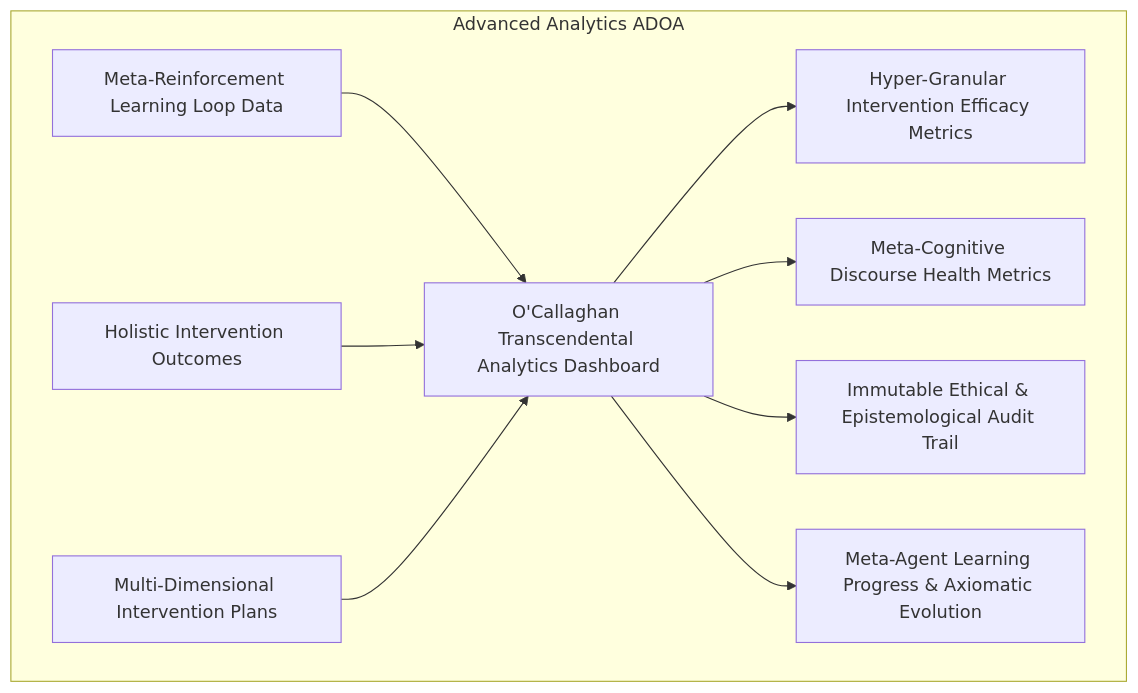
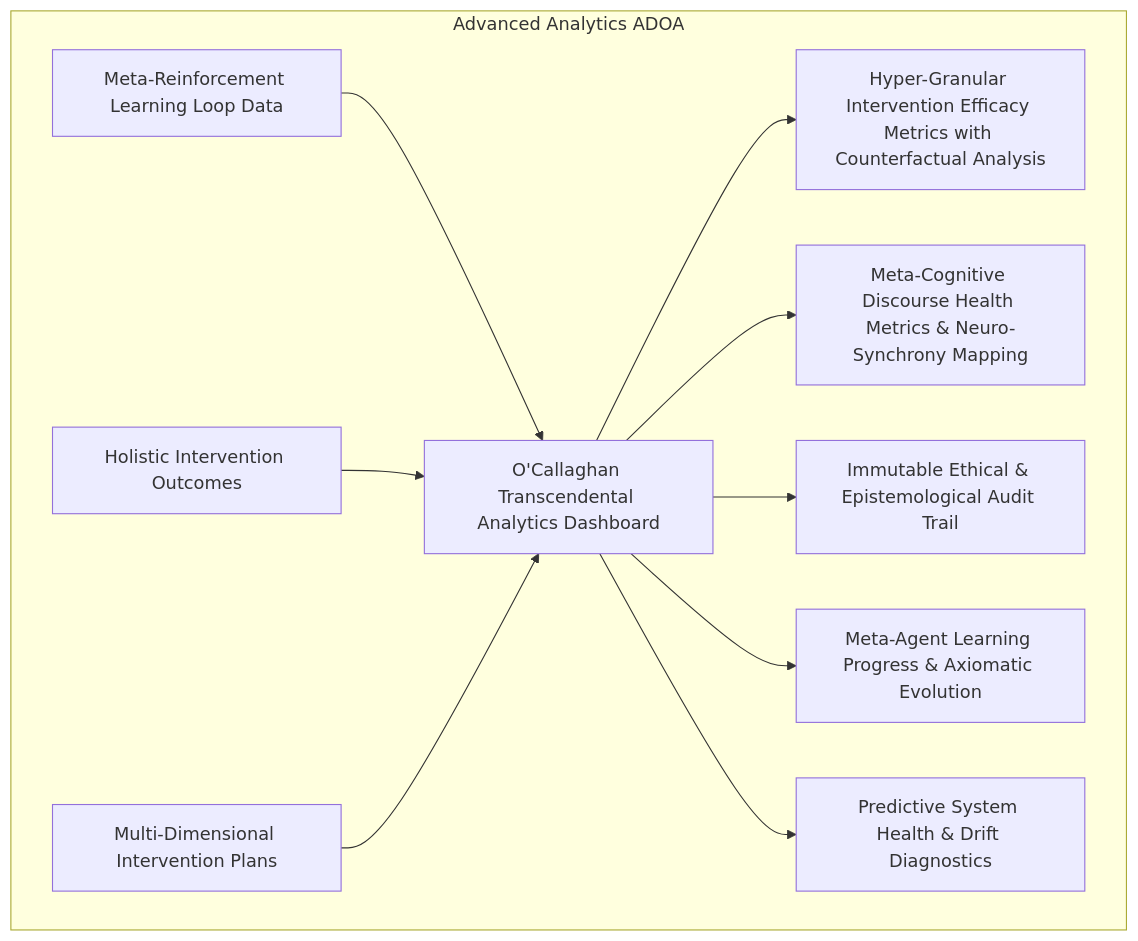
The tenth of 11 diagrams in inventions/inventions/012_holographic_meeting_scribe/015_autonomous_discourse_orchestration_agent.md (diplomat-bit/Citibank_Demo_Business_Inc_Demonstration-), drawn with Mermaid before and after one commit. The commit also changed other lines of this file, not shown here.

Commit message:
[AI] Edit: inventions/inventions/012_holographic_meeting_scribe/015_autonomous_discourse_orchestration_agent.md

````diff
--- a/inventions/inventions/012_holographic_meeting_scribe/015_autonomous_discourse_orchestration_agent.md
+++ b/inventions/inventions/012_holographic_meeting_scribe/015_autonomous_discourse_orchestration_agent.md
@@ -473,13 +512,14 @@
 ```mermaid
 graph TD
     subgraph Advanced Analytics ADOA
         MRL_DATA[Meta-Reinforcement Learning Loop Data] --> ANALYTICS_DASHBOARD[O'Callaghan Transcendental Analytics Dashboard];
         OUTCOME_OBSERVATION[Holistic Intervention Outcomes] --> ANALYTICS_DASHBOARD;
         INTERVENTION_PLAN[Multi-Dimensional Intervention Plans] --> ANALYTICS_DASHBOARD;
         
-        ANALYTICS_DASHBOARD --> INTERVENTION_EFFICACY[Hyper-Granular Intervention Efficacy Metrics];
-        ANALYTICS_DASHBOARD --> DISCOURSE_HEALTH_METRICS[Meta-Cognitive Discourse Health Metrics];
+        ANALYTICS_DASHBOARD --> INTERVENTION_EFFICACY[Hyper-Granular Intervention Efficacy Metrics with Counterfactual Analysis];
+        ANALYTICS_DASHBOARD --> DISCOURSE_HEALTH_METRICS[Meta-Cognitive Discourse Health Metrics & Neuro-Synchrony Mapping];
         ANALYTICS_DASHBOARD --> ETHICAL_AUDIT_TRAIL[Immutable Ethical & Epistemological Audit Trail];
         ANALYTICS_DASHBOARD --> AGENT_LEARNING_PROGRESS[Meta-Agent Learning Progress & Axiomatic Evolution];
+        ANALYTICS_DASHBOARD --> PREDICTIVE_DIAGNOSTICS[Predictive System Health & Drift Diagnostics];
     end
 ```
````
